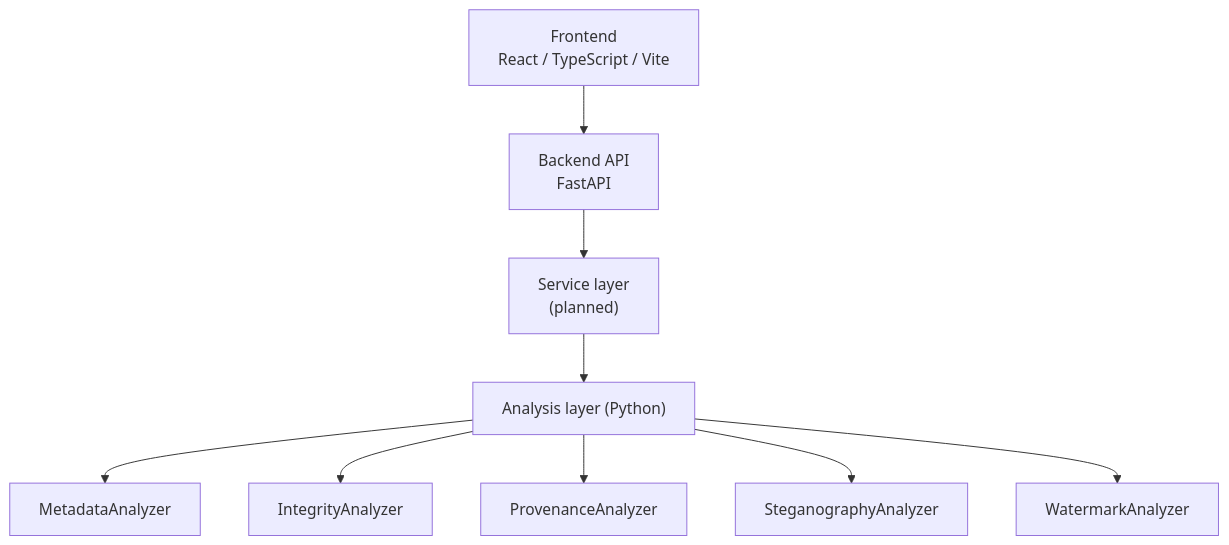
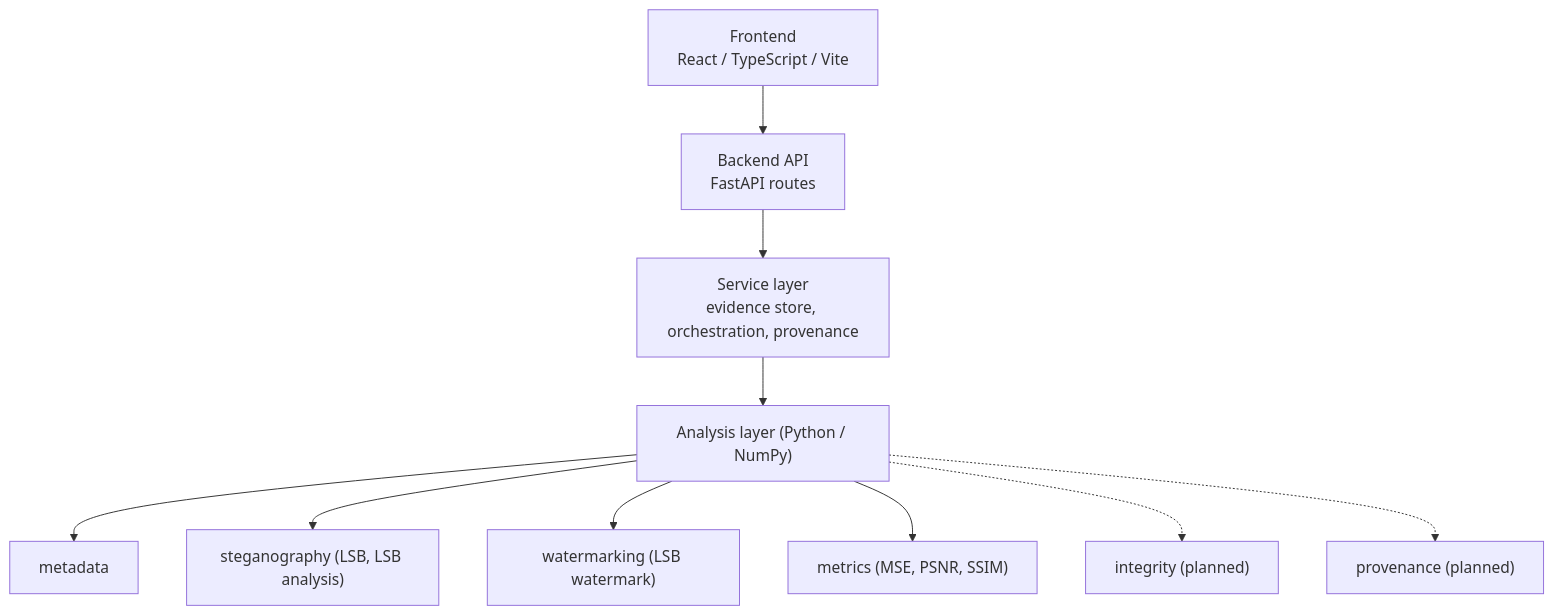
Before and after one commit to pratham1357/Veridia: the diagram in README.md, drawn with Mermaid. The commit also changed other lines of this file and 52 other files, not shown here.

Commit message:
feat: implement core watermarking and steganography pipeline

````diff
--- a/README.md
+++ b/README.md
@@ -76,11 +116,12 @@
 ```mermaid
 flowchart TD
-    FE["Frontend<br/>React / TypeScript / Vite"] --> API["Backend API<br/>FastAPI"]
-    API --> SVC["Service layer<br/>(planned)"]
-    SVC --> AN["Analysis layer (Python)"]
-    AN --> M["MetadataAnalyzer"]
-    AN --> I["IntegrityAnalyzer"]
-    AN --> P["ProvenanceAnalyzer"]
-    AN --> S["SteganographyAnalyzer"]
-    AN --> W["WatermarkAnalyzer"]
+    FE["Frontend<br/>React / TypeScript / Vite"] --> API["Backend API<br/>FastAPI routes"]
+    API --> SVC["Service layer<br/>evidence store, orchestration, provenance"]
+    SVC --> AN["Analysis layer (Python / NumPy)"]
+    AN --> M["metadata"]
+    AN --> S["steganography (LSB, LSB analysis)"]
+    AN --> W["watermarking (LSB watermark)"]
+    AN --> Q["metrics (MSE, PSNR, SSIM)"]
+    AN -.-> I["integrity (planned)"]
+    AN -.-> P["provenance (planned)"]
 ```
````
